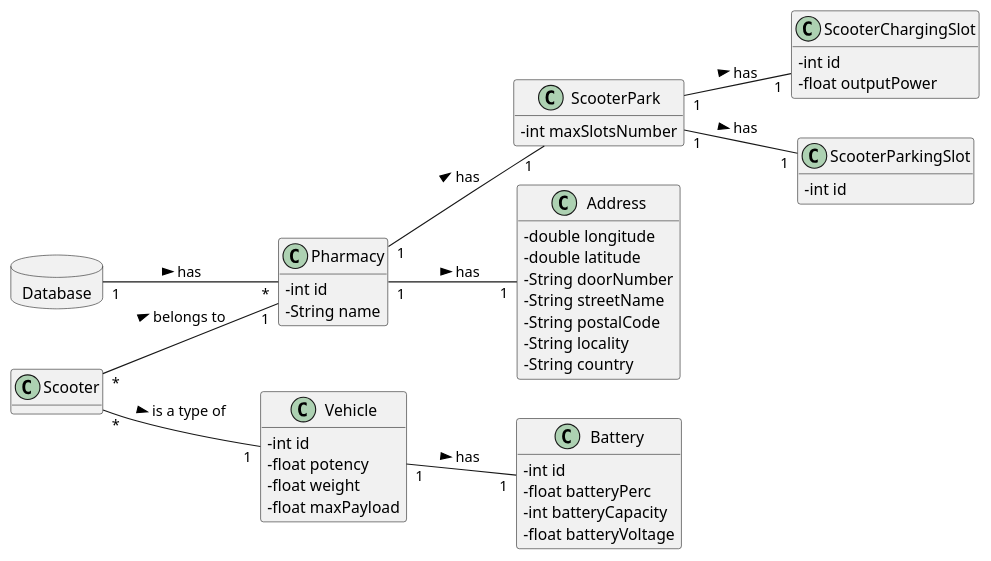
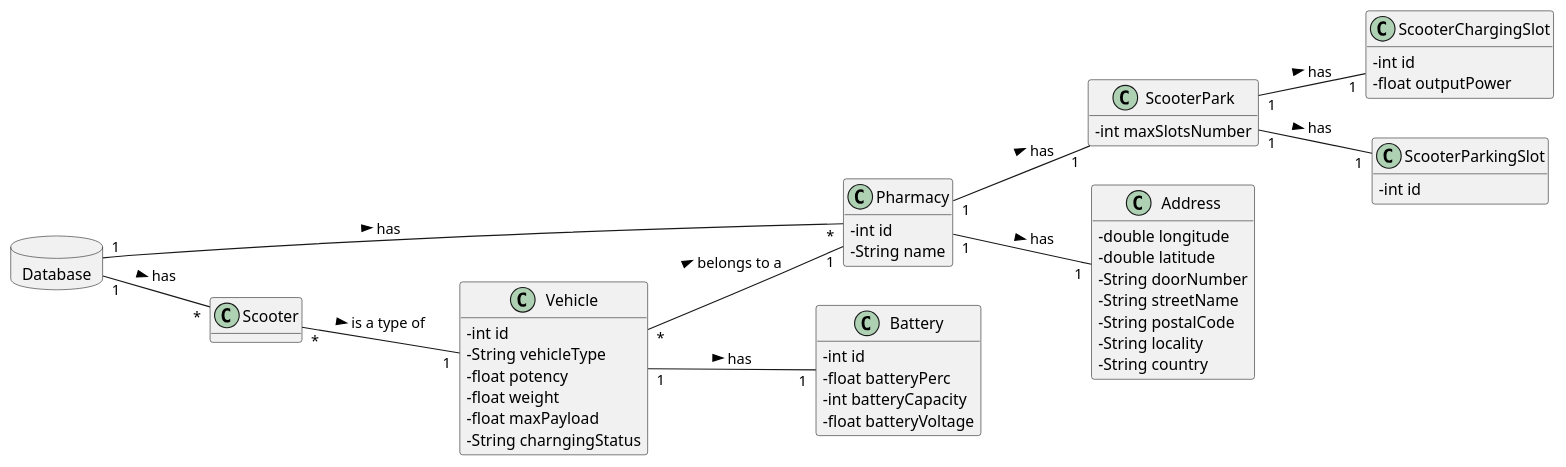
One commit to tiagoavcosta25/LAPR3 changed the diagram in docs/Iteration 2/Scooter Management/US22_RemoveScooter/Refinement/US22_DM.puml. Above: the diagram before and after it, drawn with PlantUML. The commit also changed 28 other files, not shown here.

```diff
--- a/docs/Iteration 2/Scooter Management/US22_RemoveScooter/Refinement/US22_DM.puml
+++ b/docs/Iteration 2/Scooter Management/US22_RemoveScooter/Refinement/US22_DM.puml
@@ -1,64 +1,67 @@
 @startuml
 skinparam classAttributeIconSize 0
 hide methods
 left to right direction
 
 database Database {
 }
 
 class Pharmacy {
   -int id
   -String name
 }
 
 class ScooterPark{
 -   int maxSlotsNumber
 }
 
 class ScooterChargingSlot{
 -   int id
 -   float outputPower
 }
 
 class ScooterParkingSlot{
 -   int id
 }
 
 class Scooter{
 }
 
 class Vehicle{
   -int id
+  -String vehicleType
   -float potency
   -float weight
   -float maxPayload
+  -String charngingStatus
 }
 
 class Battery{
   -int id
   -float batteryPerc
   -int batteryCapacity
   -float batteryVoltage
 }
 
 class Address{
   -double longitude
   -double latitude
   -String doorNumber
   -String streetName
   -String postalCode
   -String locality
   -String country
 }
 
 
 
 Database "1" -- "*" Pharmacy : has >
-Scooter "*" -- "1" Pharmacy : belongs to >
+Database "1" -- "*" Scooter : has >
 Scooter "*" -- "1" Vehicle : is a type of >
 Vehicle "1" -- "1" Battery : has >
+Vehicle "*" -- "1" Pharmacy : belongs to a >
 Pharmacy "1" -- "1" Address : has >
 Pharmacy "1" -- "1" ScooterPark : has >
 ScooterPark "1" -- "1" ScooterChargingSlot : has >
 ScooterPark "1" -- "1" ScooterParkingSlot : has >
 @enduml
```
